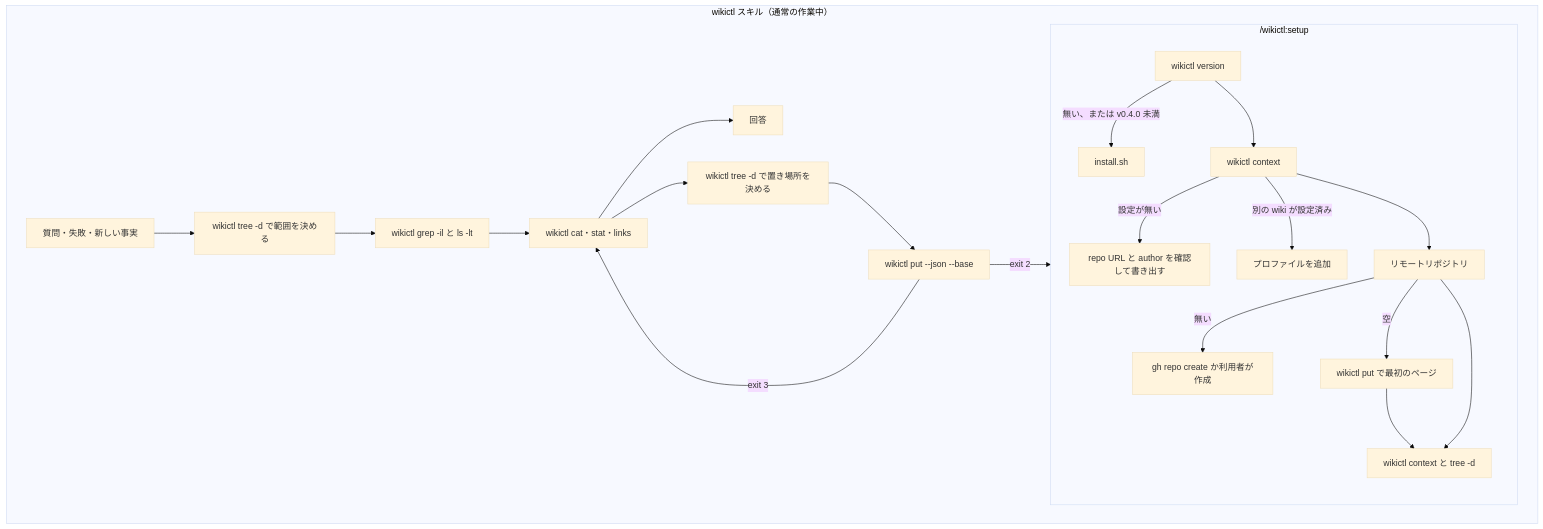
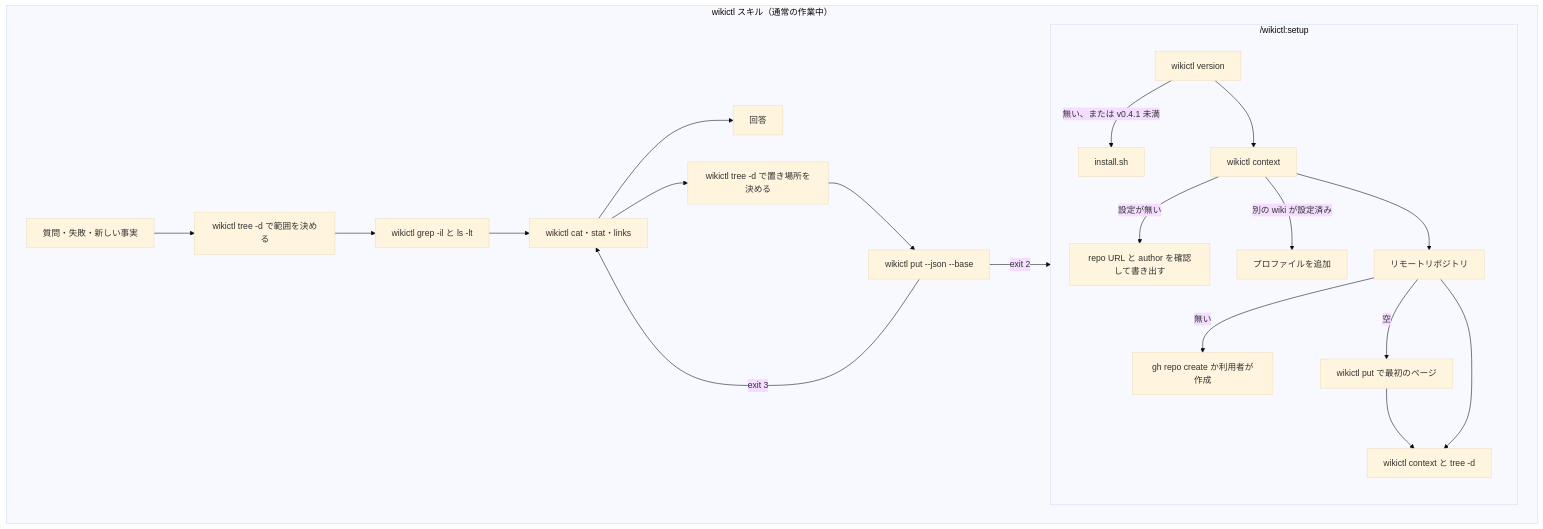
Before and after one commit to roamer7038/wikictl-claude-plugin: the diagram in README.ja.md, drawn with Mermaid (base theme). The commit also changed other lines of this file and 4 other files, not shown here.

````diff
--- a/README.ja.md
+++ b/README.ja.md
@@ -31,21 +31,21 @@
 ```mermaid
 flowchart TD
     subgraph setup["/wikictl:setup"]
-        S1[wikictl version] -->|無い、または v0.4.0 未満| S1a[install.sh]
+        S1[wikictl version] -->|無い、または v0.4.1 未満| S1a[install.sh]
         S1 --> S2[wikictl context] -->|設定が無い| S2a[repo URL と author を確認して書き出す]
         S2 -->|別の wiki が設定済み| S2b[プロファイルを追加]
         S2 --> S3[リモートリポジトリ] -->|無い| S3a[gh repo create か利用者が作成]
         S3 -->|空| S4[wikictl put で最初のページ] --> S5[wikictl context と tree -d]
         S3 --> S5
     end
     subgraph use["wikictl スキル（通常の作業中）"]
         U1[質問・失敗・新しい事実] --> U2[wikictl tree -d で範囲を決める]
         U2 --> U3[wikictl grep -il と ls -lt]
         U3 --> U4[wikictl cat・stat・links]
         U4 --> U5[回答]
         U4 --> U6[wikictl tree -d で置き場所を決める]
         U6 --> U7[wikictl put --json --base]
         U7 -->|exit 3| U4
         U7 -->|exit 2| setup
     end
 ```
````
